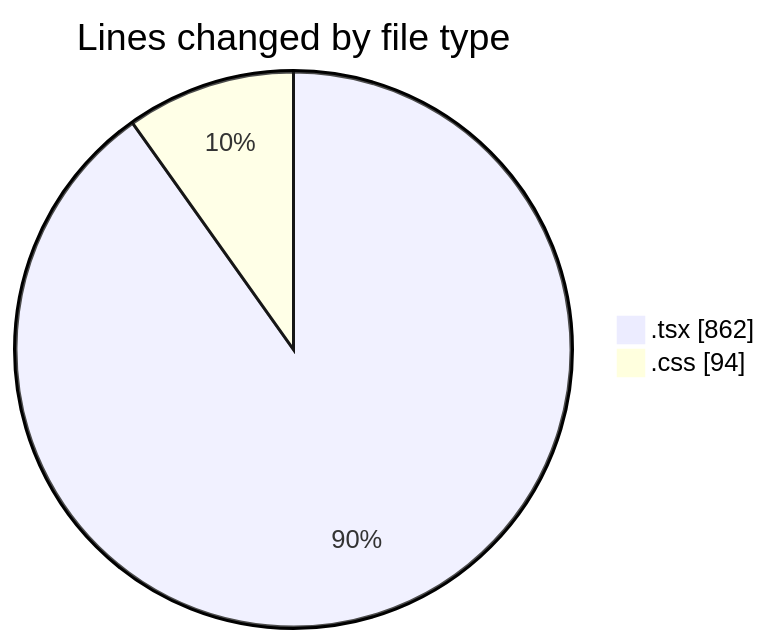
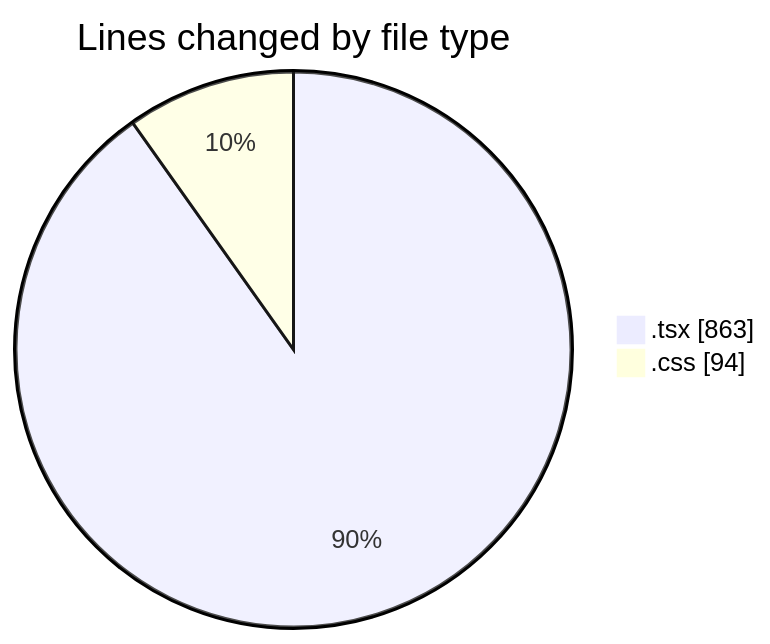
The first of 2 diagrams in 2025-02-07/portofolio/README.md (donsfak/code-tracking), drawn with Mermaid before and after one commit. The commit also changed other lines of this file and 1 other file, not shown here.

````diff
--- a/2025-02-07/portofolio/README.md
+++ b/2025-02-07/portofolio/README.md
@@ -21,6 +21,6 @@
 ```mermaid
 pie showData
 title Lines changed by file type
-".tsx" : 862
+".tsx" : 863
 ".css" : 94
 ```
````
